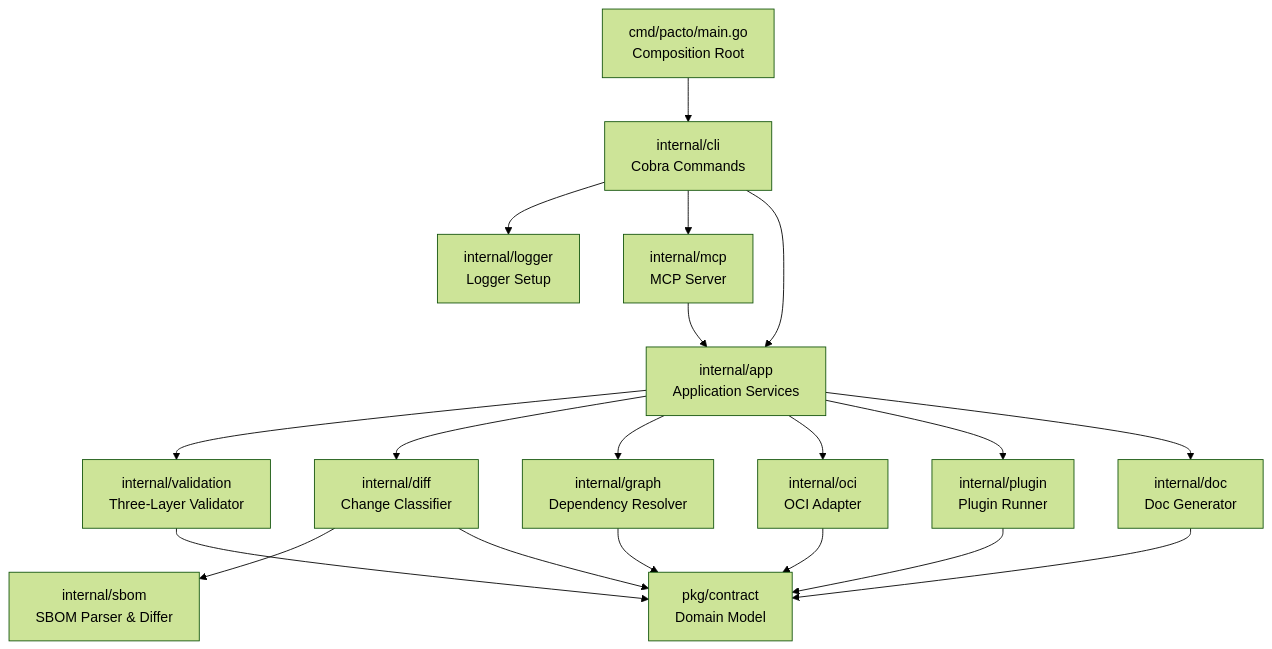
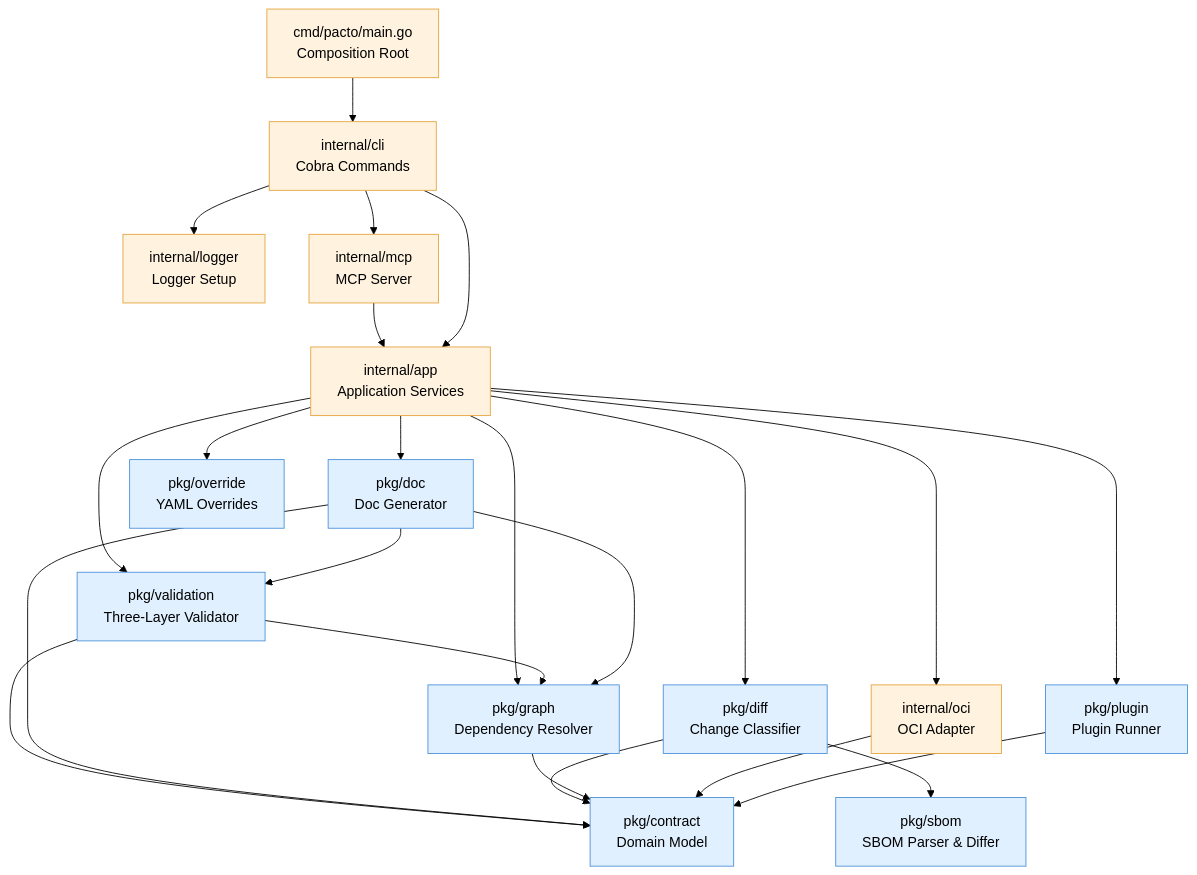
Before and after one commit to BurkeVeble83476n/pacto: the first of 2 diagrams in docs/architecture.md, drawn with Mermaid (forest theme). The commit also changed other lines of this file and 90 other files, not shown here.

First line of the commit message:
refactor: move core domain packages to pkg/ and introduce runtime validation (#63)

````diff
--- a/docs/architecture.md
+++ b/docs/architecture.md
@@ -24,21 +24,30 @@
 ```mermaid
 graph TD
     MAIN[cmd/pacto/main.go<br/>Composition Root] --> CLI[internal/cli<br/>Cobra Commands]
     CLI --> LOG[internal/logger<br/>Logger Setup]
     CLI --> MCP[internal/mcp<br/>MCP Server]
     MCP --> APP
     CLI --> APP[internal/app<br/>Application Services]
-    APP --> VAL[internal/validation<br/>Three-Layer Validator]
-    APP --> DIFF[internal/diff<br/>Change Classifier]
-    APP --> GRAPH[internal/graph<br/>Dependency Resolver]
+    APP --> VAL[pkg/validation<br/>Three-Layer Validator]
+    APP --> DIFF[pkg/diff<br/>Change Classifier]
+    APP --> GRAPH[pkg/graph<br/>Dependency Resolver]
     APP --> OCI[internal/oci<br/>OCI Adapter]
-    APP --> PLUG[internal/plugin<br/>Plugin Runner]
-    APP --> DOC[internal/doc<br/>Doc Generator]
-    DIFF --> SBOM[internal/sbom<br/>SBOM Parser & Differ]
+    APP --> PLUG[pkg/plugin<br/>Plugin Runner]
+    APP --> DOC[pkg/doc<br/>Doc Generator]
+    APP --> OVER[pkg/override<br/>YAML Overrides]
+    DIFF --> SBOM[pkg/sbom<br/>SBOM Parser & Differ]
+    VAL --> GRAPH
+    DOC --> GRAPH
+    DOC --> VAL
     VAL --> CONTRACT[pkg/contract<br/>Domain Model]
     DOC --> CONTRACT
     DIFF --> CONTRACT
     GRAPH --> CONTRACT
     OCI --> CONTRACT
     PLUG --> CONTRACT
+
+    classDef pkg fill:#e0f0ff,stroke:#4a90d9
+    classDef internal fill:#fff3e0,stroke:#e6a23c
+    class CONTRACT,VAL,DIFF,GRAPH,PLUG,DOC,SBOM,OVER pkg
+    class APP,CLI,LOG,MCP,OCI,MAIN internal
 ```
````
